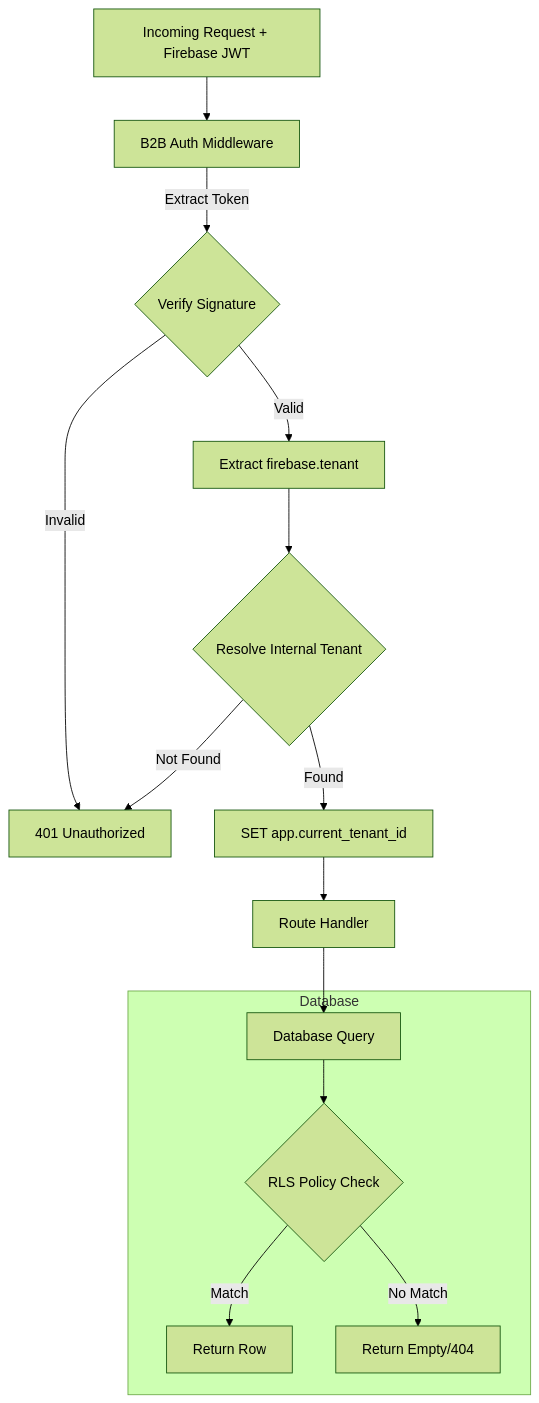
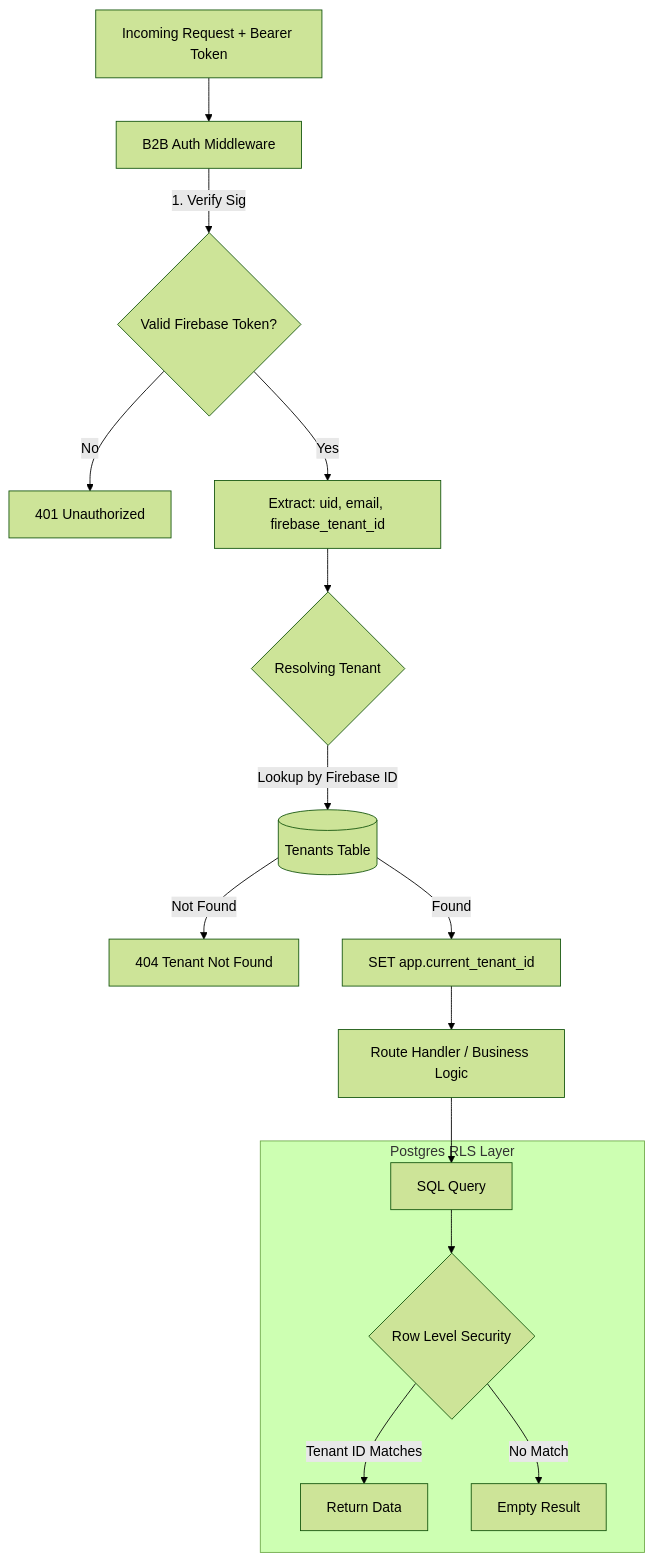
Before and after one commit to nkumar15/communication-analysis: the first of 4 diagrams in docs/architecture/authentication.md, drawn with Mermaid (forest theme). The commit also changed other lines of this file and 1 other file, not shown here.

Commit message:
docs: Simplify tenant onboarding and member invitation flows with high-level descriptions, and refine authentication architecture diagrams and core principles.

````diff
--- a/docs/architecture/authentication.md
+++ b/docs/architecture/authentication.md
@@ -13,21 +19,22 @@
 ```mermaid
 graph TD
-    Request[Incoming Request + Firebase JWT] --> AuthMiddleware[B2B Auth Middleware]
-    AuthMiddleware -->|Extract Token| Verify{Verify Signature}
-    Verify -->|Invalid| 401[401 Unauthorized]
+    Request[Incoming Request + Bearer Token] --> AuthMiddleware[B2B Auth Middleware]
+    AuthMiddleware -->|1. Verify Sig| Verify{Valid Firebase Token?}
+    Verify -->|No| 401[401 Unauthorized]
     
-    Verify -->|Valid| ExtractTenant[Extract firebase.tenant]
+    Verify -->|Yes| Extract[Extract: uid, email, firebase_tenant_id]
+    Extract --> Resolve{Resolving Tenant}
     
-    ExtractTenant --> Resolve{Resolve Internal Tenant}
-    Resolve -->|Not Found| 401
-    Resolve -->|Found| SetRLS[SET app.current_tenant_id]
+    Resolve -->|Lookup by Firebase ID| TenantDB[(Tenants Table)]
+    TenantDB -->|Found| SetCtx[SET app.current_tenant_id]
+    TenantDB -->|Not Found| 404[404 Tenant Not Found]
     
-    SetRLS --> Handler[Route Handler]
-    Handler --> DB[Database Query]
+    SetCtx --> Handler[Route Handler / Business Logic]
+    Handler --> Query[SQL Query]
     
-    subgraph Database
-        DB --> Policy{RLS Policy Check}
-        Policy -->|Match| Row[Return Row]
-        Policy -->|No Match| Empty[Return Empty/404]
+    subgraph "Postgres RLS Layer"
+        Query --> Policy{Row Level Security}
+        Policy -->|Tenant ID Matches| Data[Return Data]
+        Policy -->|No Match| Empty[Empty Result]
     end
 ```
````
